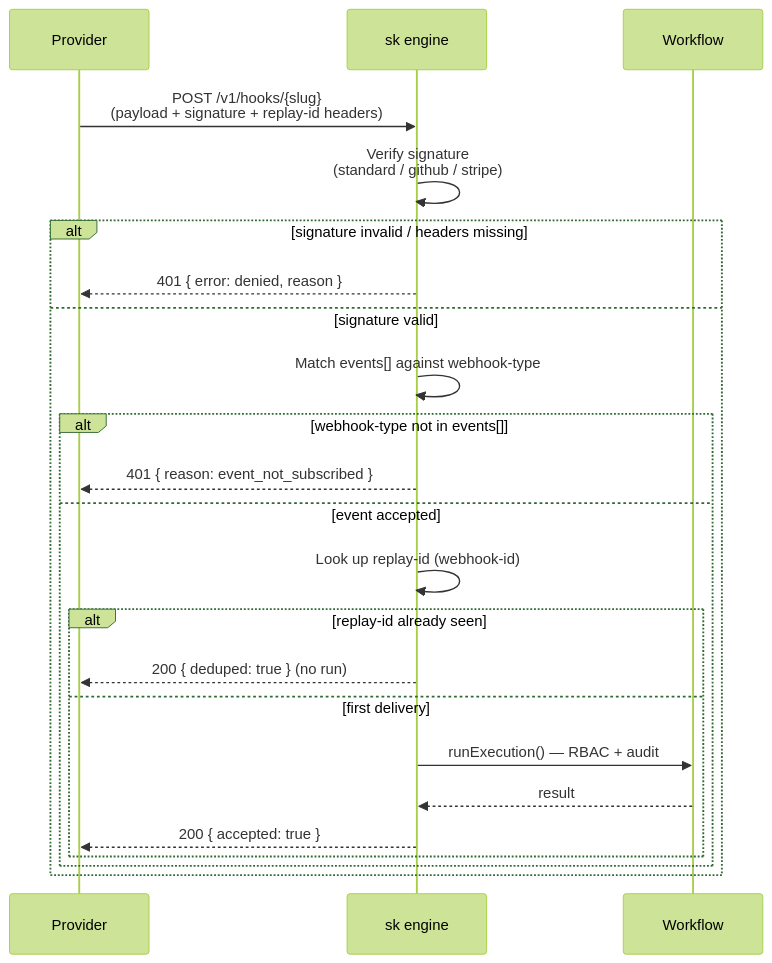
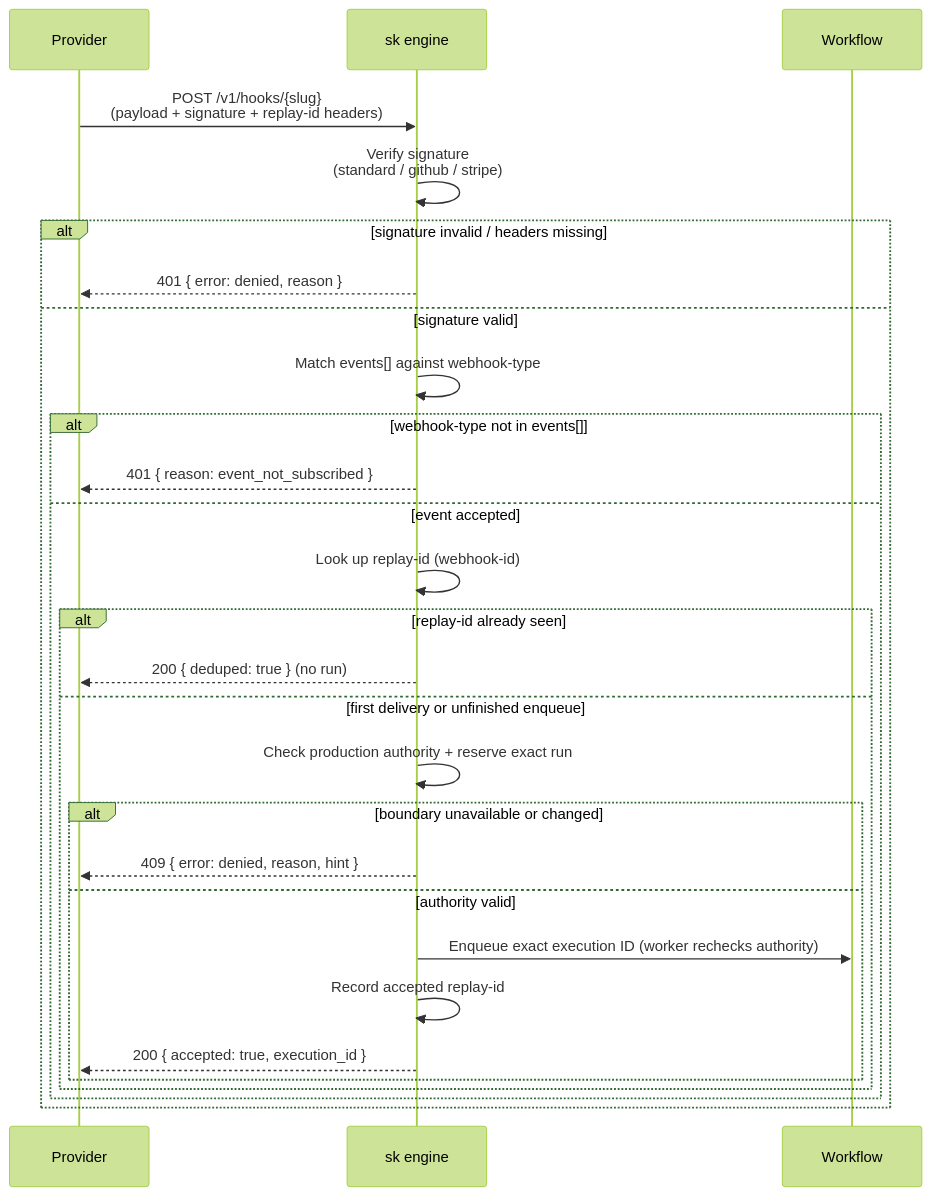
The second of 3 diagrams in docs/operators/scheduling-and-hooks.md (MikeBild/subkit), drawn with Mermaid (forest theme) before and after one commit. The commit also changed other lines of this file and 16 other files, not shown here.

````diff
--- a/docs/operators/scheduling-and-hooks.md
+++ b/docs/operators/scheduling-and-hooks.md
@@ -89,25 +91,30 @@
 ```mermaid
 sequenceDiagram
     participant P as Provider
     participant E as sk engine
     participant W as Workflow
     P->>E: POST /v1/hooks/{slug}<br/>(payload + signature + replay-id headers)
     E->>E: Verify signature<br/>(standard / github / stripe)
     alt signature invalid / headers missing
         E-->>P: 401 { error: denied, reason }
     else signature valid
         E->>E: Match events[] against webhook-type
         alt webhook-type not in events[]
             E-->>P: 401 { reason: event_not_subscribed }
         else event accepted
             E->>E: Look up replay-id (webhook-id)
             alt replay-id already seen
                 E-->>P: 200 { deduped: true } (no run)
-            else first delivery
-                E->>W: runExecution() — RBAC + audit
-                W-->>E: result
-                E-->>P: 200 { accepted: true }
+            else first delivery or unfinished enqueue
+                E->>E: Check production authority + reserve exact run
+                alt boundary unavailable or changed
+                    E-->>P: 409 { error: denied, reason, hint }
+                else authority valid
+                    E->>W: Enqueue exact execution ID (worker rechecks authority)
+                    E->>E: Record accepted replay-id
+                    E-->>P: 200 { accepted: true, execution_id }
+                end
             end
         end
     end
 ```
````
